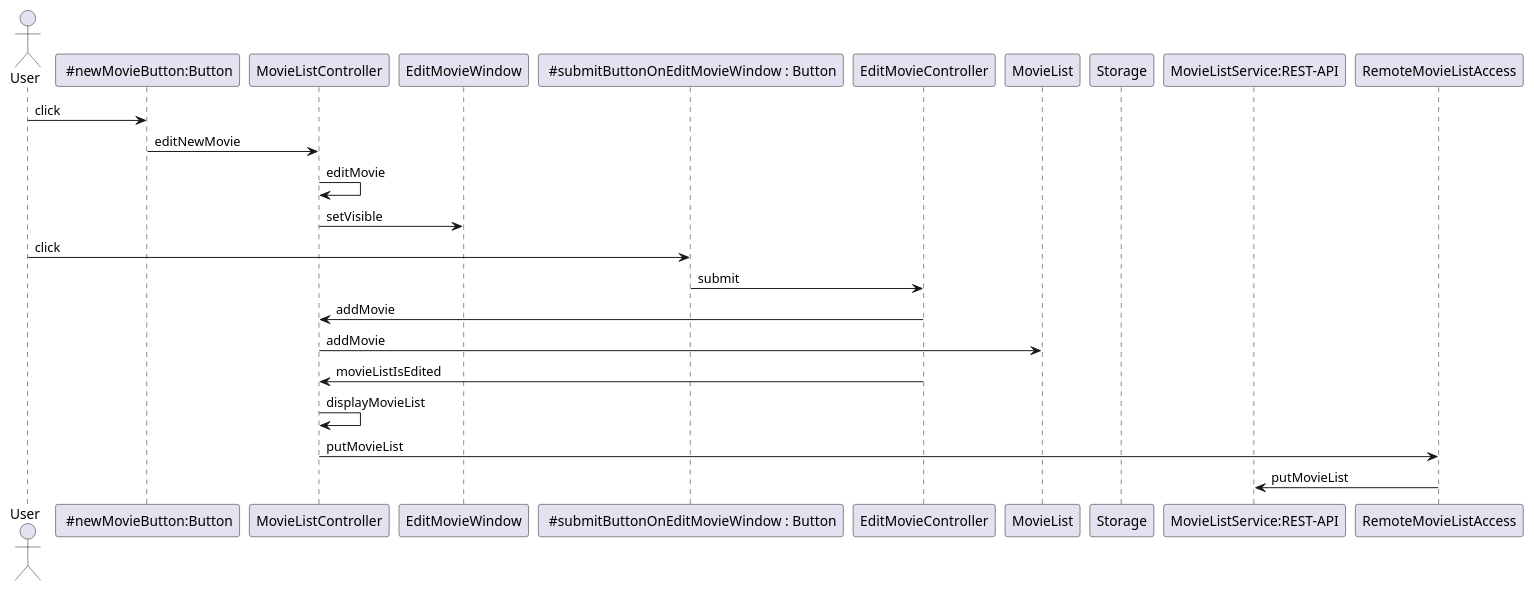
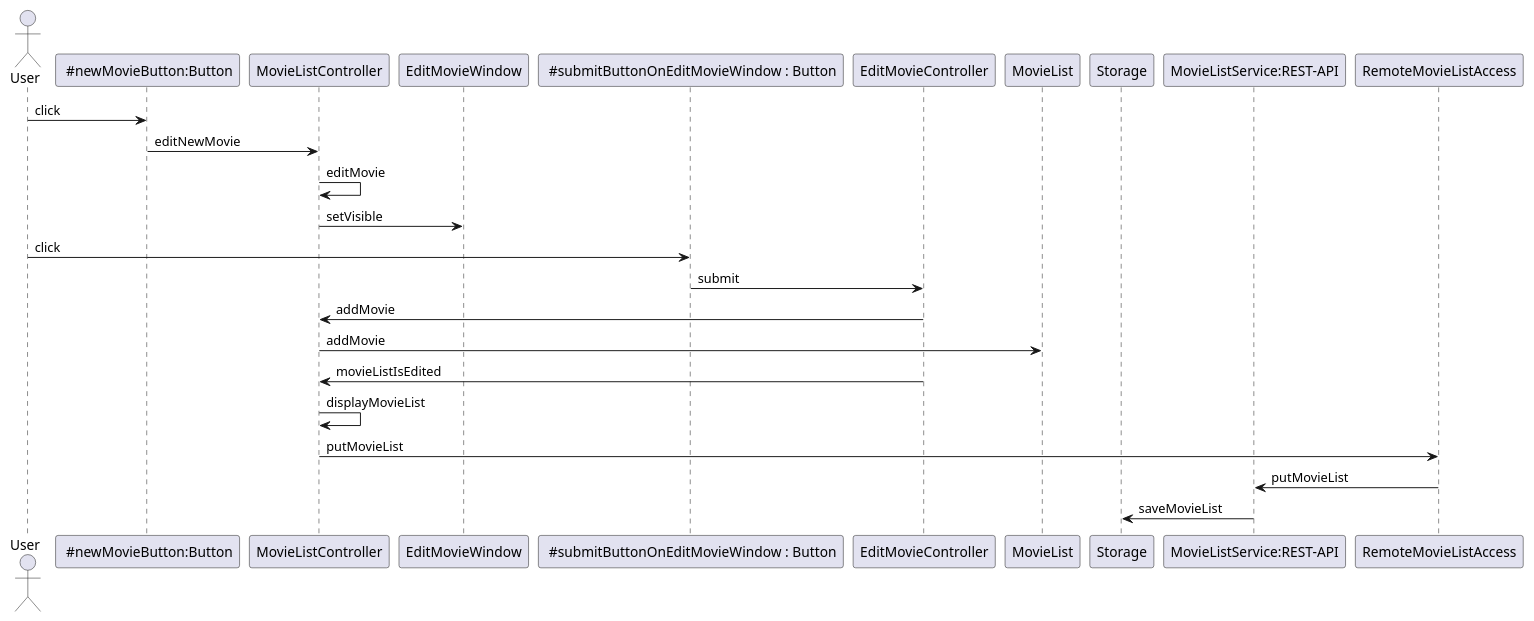
Before and after one commit to paamb/IT1901: the diagram in pmdb/ui/src/main/java/ui/sequence.puml, drawn with PlantUML. The commit also changed 4 other files, not shown here.

Commit message:
Changed diagrams and wrote about them in release3

```diff
--- a/pmdb/ui/src/main/java/ui/sequence.puml
+++ b/pmdb/ui/src/main/java/ui/sequence.puml
@@ -1,23 +1,24 @@
 @startuml
 actor User
 participant " #newMovieButton:Button" as Button1
 participant MovieListController
 participant EditMovieWindow
 participant " #submitButtonOnEditMovieWindow : Button" as Button2
 participant EditMovieController
 participant MovieList
 participant Storage
 participant "MovieListService:REST-API" as Rest
 User -> Button1 : click
 Button1 -> MovieListController : editNewMovie
 MovieListController -> MovieListController : editMovie
 MovieListController -> EditMovieWindow : setVisible
 User -> Button2 : click
 Button2 -> EditMovieController : submit
 EditMovieController -> MovieListController : addMovie
 MovieListController -> MovieList : addMovie
 EditMovieController -> MovieListController : movieListIsEdited
 MovieListController -> MovieListController : displayMovieList
 MovieListController -> RemoteMovieListAccess : putMovieList
 RemoteMovieListAccess -> Rest : putMovieList
+Rest -> Storage : saveMovieList
 @enduml
```
